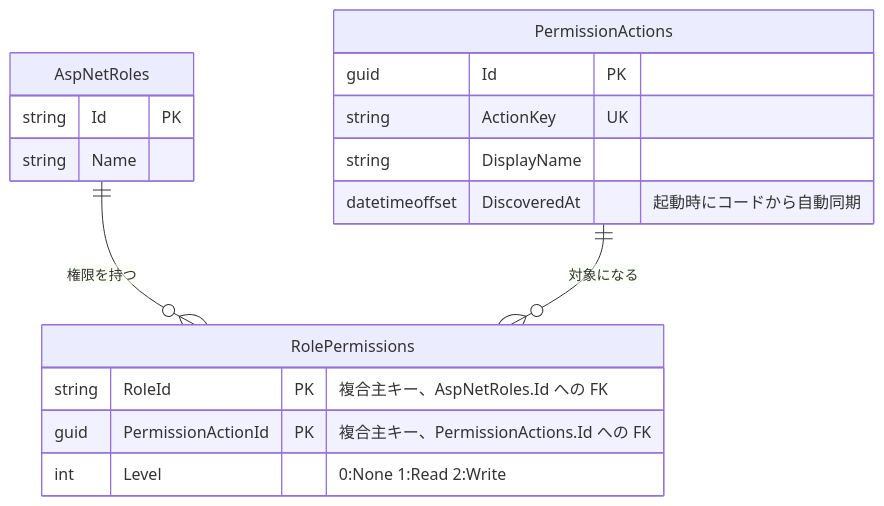
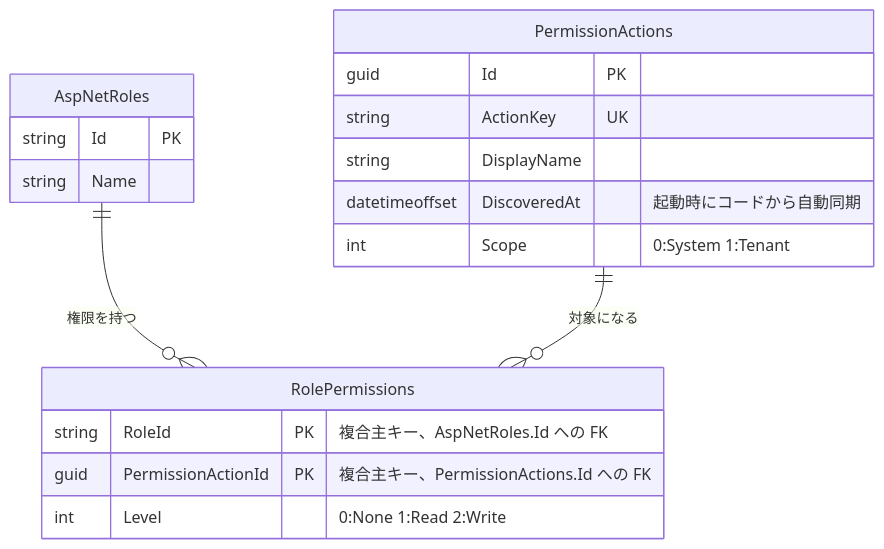
Before and after one commit to org-gbz3/try-svelte: the diagram in docs/features/admin-roles.md, drawn with Mermaid. The commit also changed other lines of this file and 31 other files, not shown here.

````diff
--- a/docs/features/admin-roles.md
+++ b/docs/features/admin-roles.md
@@ -9,21 +9,22 @@
 ```mermaid
 erDiagram
     AspNetRoles ||--o{ RolePermissions : "権限を持つ"
     PermissionActions ||--o{ RolePermissions : "対象になる"
 
     AspNetRoles {
         string Id PK
         string Name
     }
     PermissionActions {
         guid Id PK
         string ActionKey UK
         string DisplayName
         datetimeoffset DiscoveredAt "起動時にコードから自動同期"
+        int Scope "0:System 1:Tenant"
     }
     RolePermissions {
         string RoleId PK "複合主キー、AspNetRoles.Id への FK"
         guid PermissionActionId PK "複合主キー、PermissionActions.Id への FK"
         int Level "0:None 1:Read 2:Write"
     }
 ```
````
